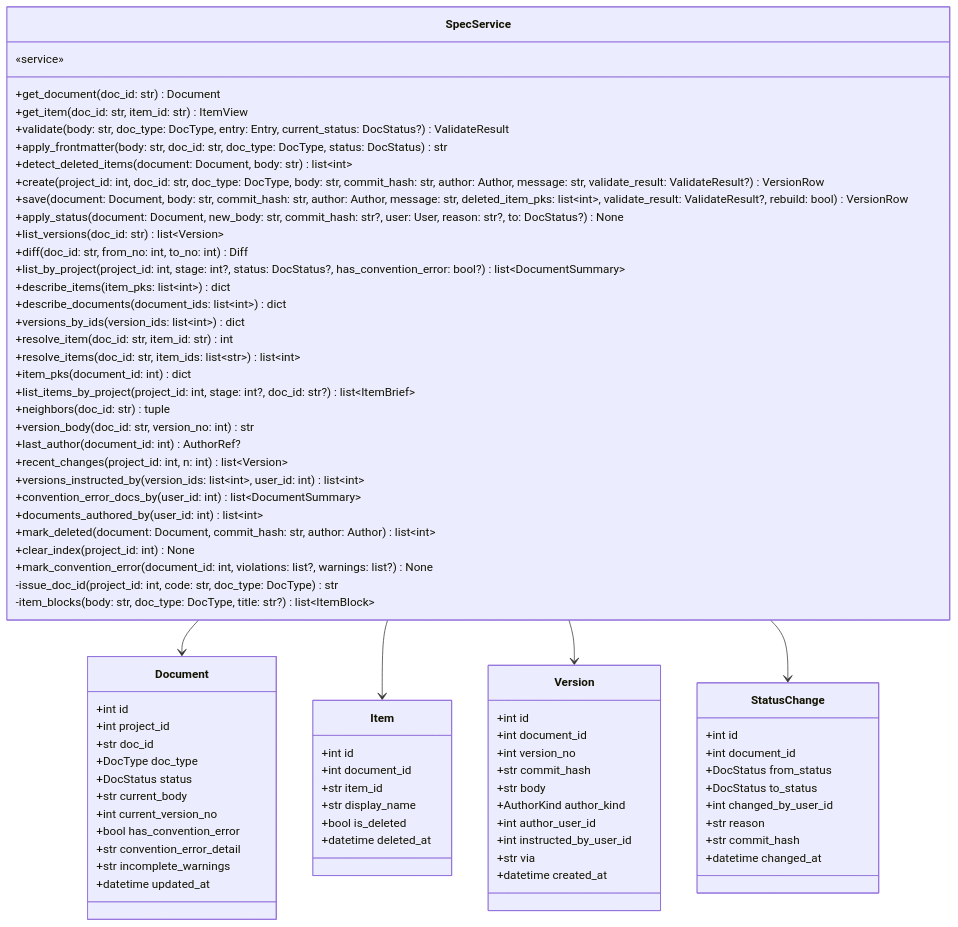
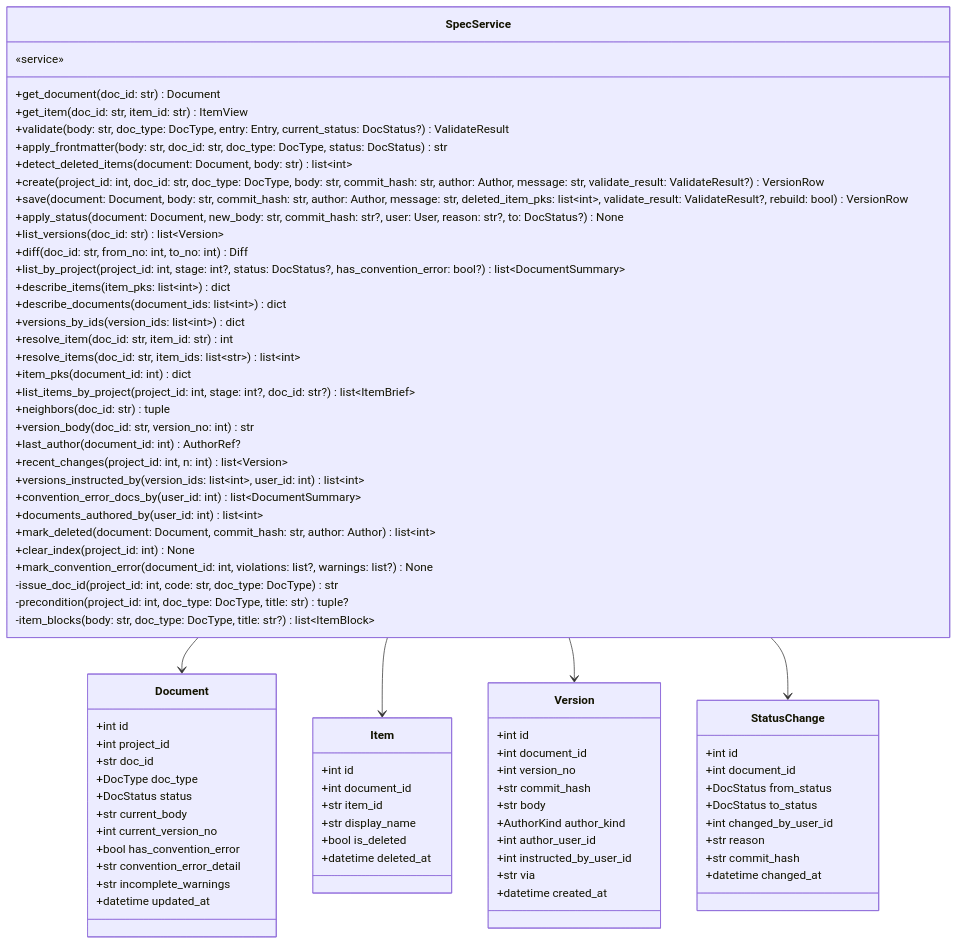
One commit to HoyoungParkme/syncdoc changed diagram 17 of 21 in docs/specs/06-DOM/SYNC-DOM-002.md. Above: the diagram before and after it, drawn with Mermaid. The commit also changed other lines of this file and 25 other files, not shown here.

```diff
--- a/docs/specs/06-DOM/SYNC-DOM-002.md
+++ b/docs/specs/06-DOM/SYNC-DOM-002.md
@@ -646,6 +646,7 @@
         +clear_index(project_id: int) None
         +mark_convention_error(document_id: int, violations: list?, warnings: list?) None
         -issue_doc_id(project_id: int, code: str, doc_type: DocType) str
+        -precondition(project_id: int, doc_type: DocType, title: str) tuple?
         -item_blocks(body: str, doc_type: DocType, title: str?) list~ItemBlock~
     }
     class Document {
```
